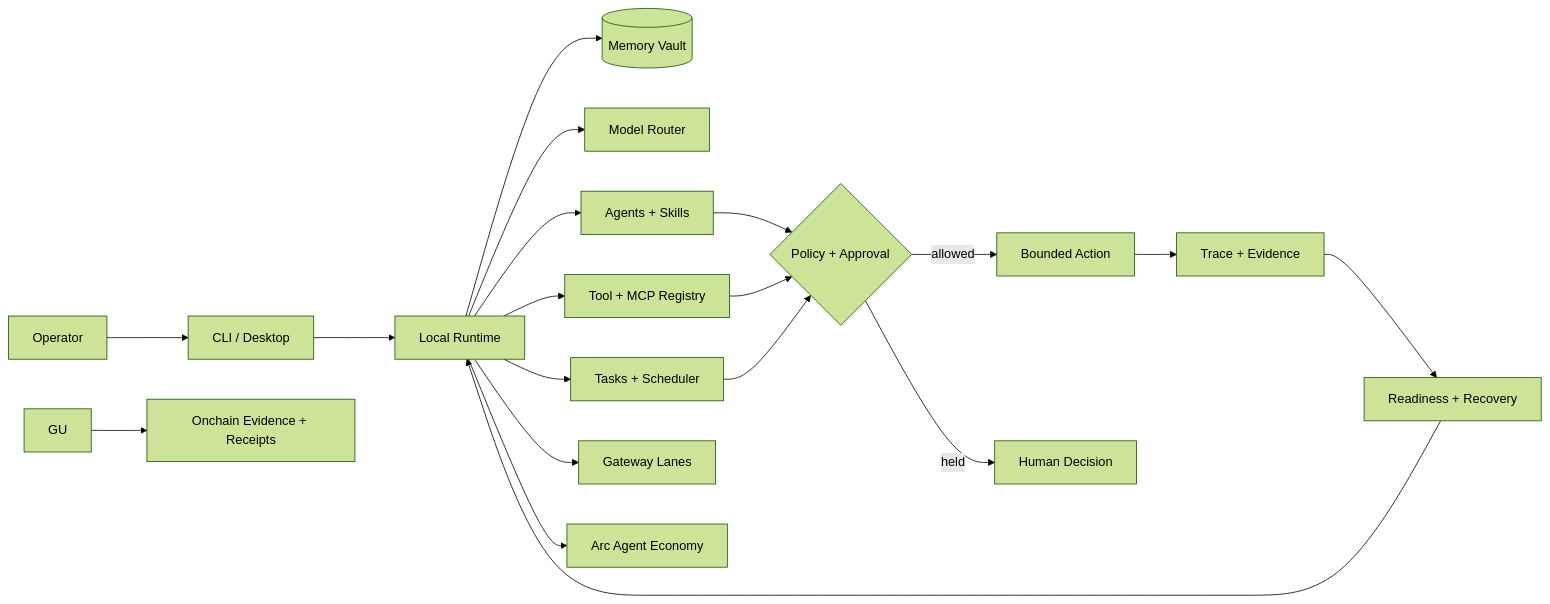
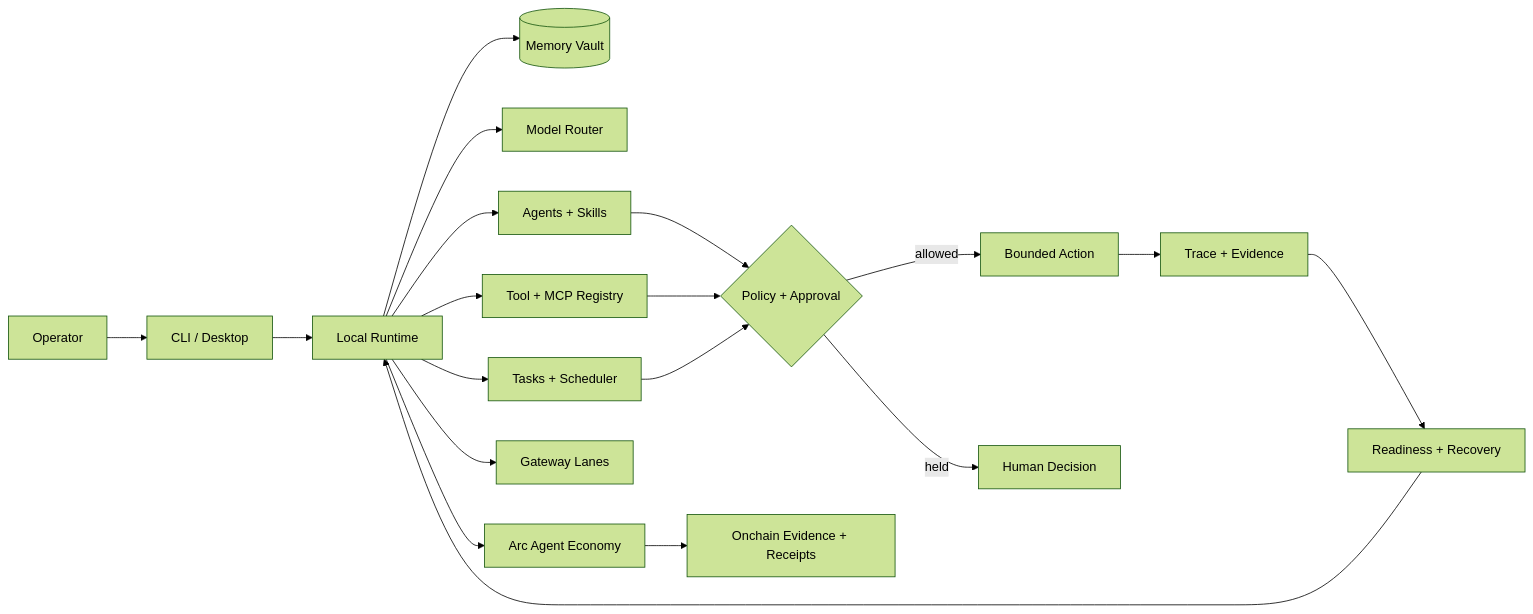
One commit to Hallow-agent/Hallow changed the diagram in README.md. Above: the diagram before and after it, drawn with Mermaid (forest theme). The commit also changed other lines of this file and 9 other files, not shown here.

````diff
--- a/README.md
+++ b/README.md
@@ -104,24 +104,24 @@
 ```mermaid
 flowchart LR
     O[Operator] --> S[CLI / Desktop]
     S --> R[Local Runtime]
 
     R --> M[(Memory Vault)]
     R --> MR[Model Router]
     R --> A[Agents + Skills]
     R --> T[Tool + MCP Registry]
     R --> Q[Tasks + Scheduler]
     R --> G[Gateway Lanes]
 
     A --> P{Policy + Approval}
     T --> P
     Q --> P
     P -->|allowed| X[Bounded Action]
     P -->|held| H[Human Decision]
     X --> E[Trace + Evidence]
     E --> C[Readiness + Recovery]
     C --> R
 
     R --> ARC[Arc Agent Economy]
-    GU --> GE[Onchain Evidence + Receipts]
+    ARC --> GE[Onchain Evidence + Receipts]
 ```
````
